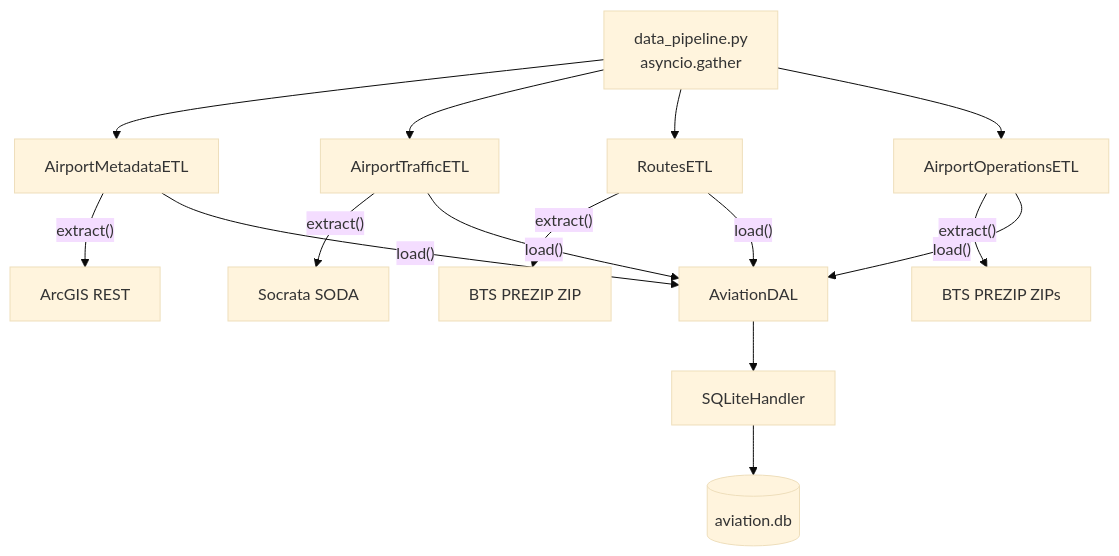
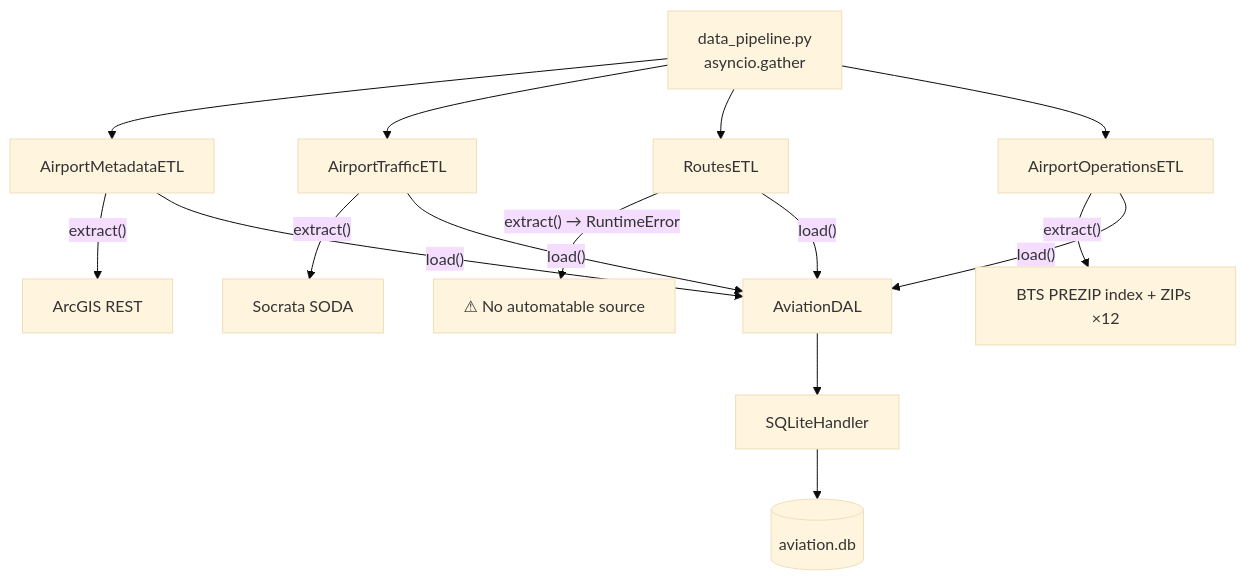
One commit to asafzenou/Airport-Investment-Intelligence-Agent changed the first of 3 diagrams in DOCS/DATA_ARCHITECTURE.md. Above: the diagram before and after it, drawn with Mermaid (base theme). The commit also changed other lines of this file and 26 other files, not shown here.

````diff
--- a/DOCS/DATA_ARCHITECTURE.md
+++ b/DOCS/DATA_ARCHITECTURE.md
@@ -112,20 +112,20 @@
 ```mermaid
 flowchart TD
     P["data_pipeline.py\nasyncio.gather"] --> M["AirportMetadataETL"]
     P --> T["AirportTrafficETL"]
     P --> R["RoutesETL"]
     P --> O["AirportOperationsETL"]
 
     M -->|"extract()"| S1["ArcGIS REST"]
     T -->|"extract()"| S2["Socrata SODA"]
-    R -->|"extract()"| S3["BTS PREZIP ZIP"]
-    O -->|"extract()"| S4["BTS PREZIP ZIPs"]
+    R -->|"extract() → RuntimeError"| S3["⚠ No automatable source"]
+    O -->|"extract()"| S4["BTS PREZIP index + ZIPs ×12"]
 
     M -->|"load()"| DAL["AviationDAL"]
     T -->|"load()"| DAL
     R -->|"load()"| DAL
     O -->|"load()"| DAL
 
     DAL --> H["SQLiteHandler"]
     H --> DB[("aviation.db")]
 ```
````
